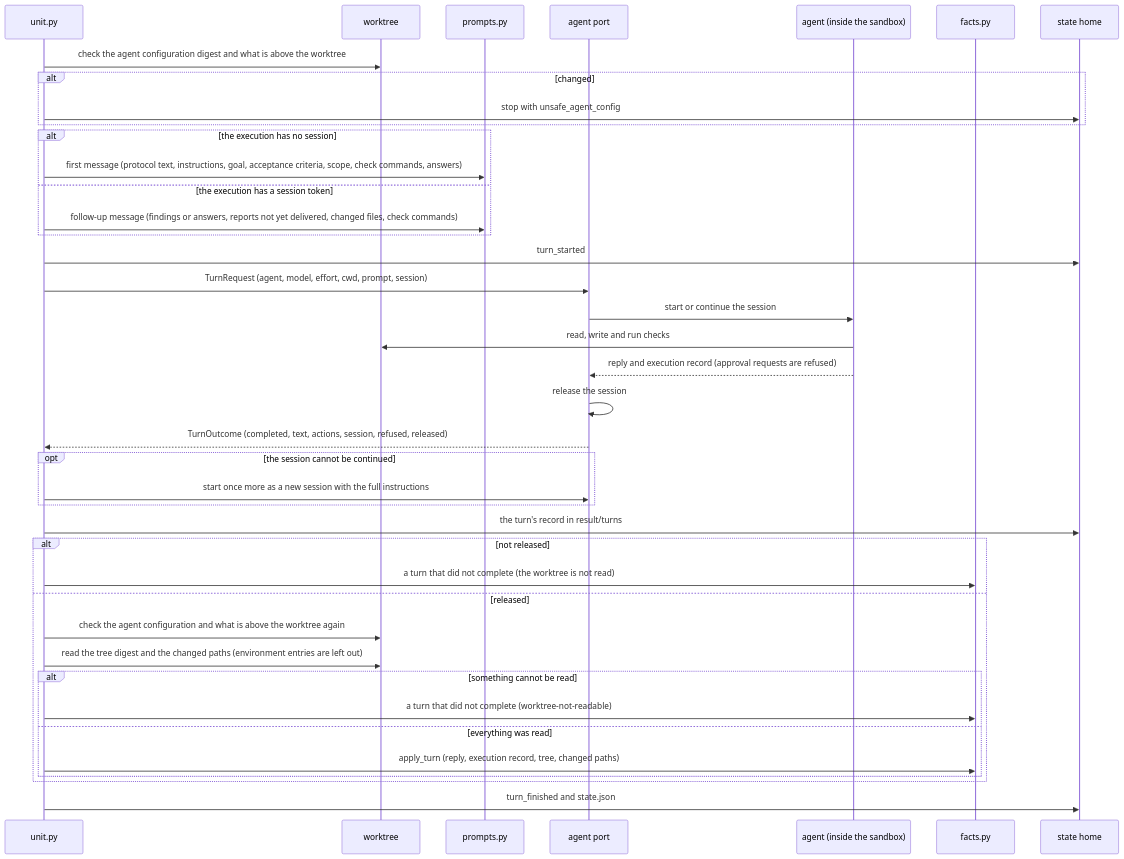
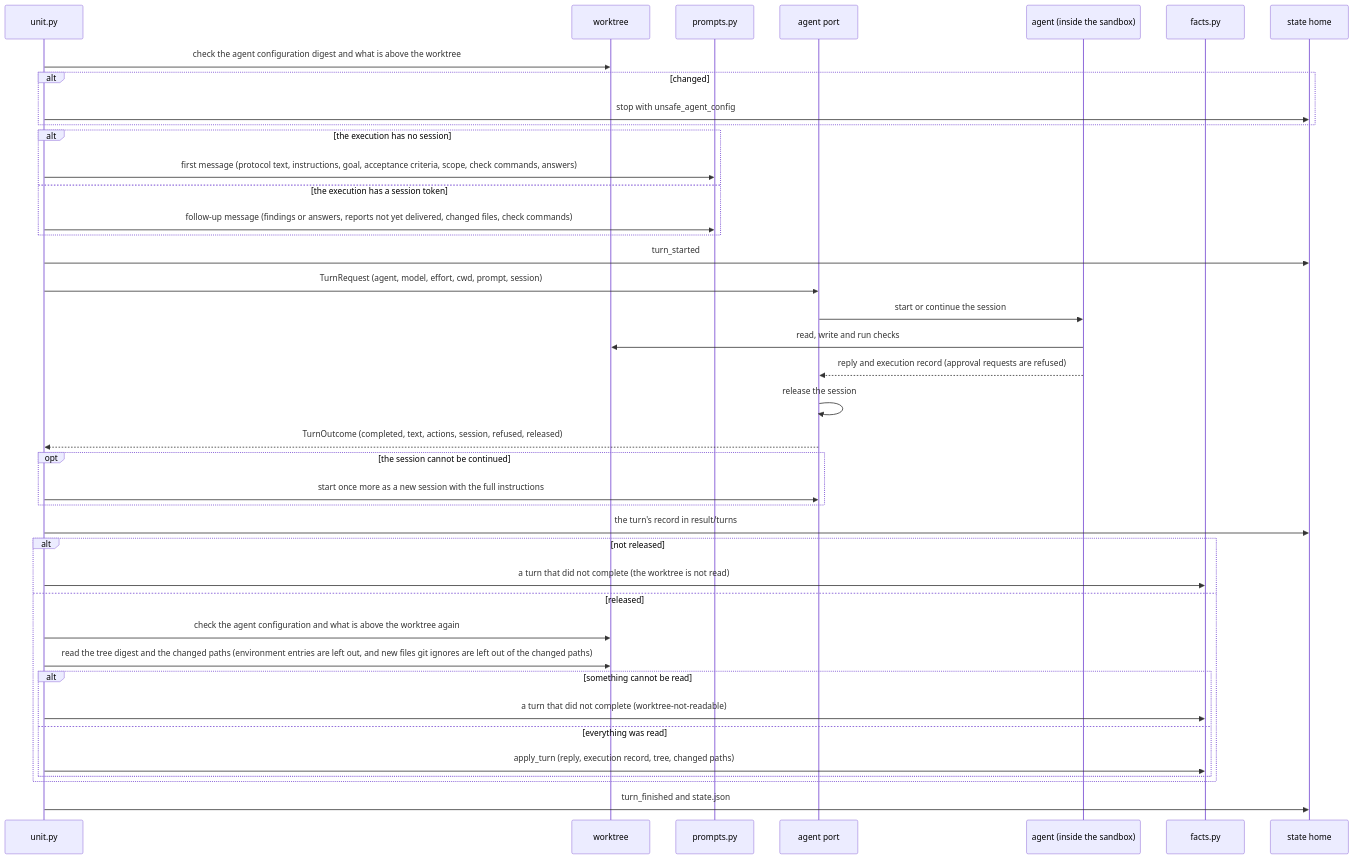
The fourth of 8 diagrams in ARCHITECTURE.md (takezoh/loop-engine), drawn with Mermaid before and after one commit. The commit also changed other lines of this file and 6 other files, not shown here.

First line of the commit message:
fix: leave out of the changed paths the new files git ignores by both rule sets

````diff
--- a/ARCHITECTURE.md
+++ b/ARCHITECTURE.md
@@ -186,42 +186,42 @@
 ```mermaid
 sequenceDiagram
   participant U as unit.py
   participant W as worktree
   participant P as prompts.py
   participant A as agent port
   participant G as agent (inside the sandbox)
   participant F as facts.py
   participant S as state home
   U->>W: check the agent configuration digest and what is above the worktree
   alt changed
     U->>S: stop with unsafe_agent_config
   end
   alt the execution has no session
     U->>P: first message (protocol text, instructions, goal, acceptance criteria, scope, check commands, answers)
   else the execution has a session token
     U->>P: follow-up message (findings or answers, reports not yet delivered, changed files, check commands)
   end
   U->>S: turn_started
   U->>A: TurnRequest (agent, model, effort, cwd, prompt, session)
   A->>G: start or continue the session
   G->>W: read, write and run checks
   G-->>A: reply and execution record (approval requests are refused)
   A->>A: release the session
   A-->>U: TurnOutcome (completed, text, actions, session, refused, released)
   opt the session cannot be continued
     U->>A: start once more as a new session with the full instructions
   end
   U->>S: the turn's record in result/turns
   alt not released
     U->>F: a turn that did not complete (the worktree is not read)
   else released
     U->>W: check the agent configuration and what is above the worktree again
-    U->>W: read the tree digest and the changed paths (environment entries are left out)
+    U->>W: read the tree digest and the changed paths (environment entries are left out, and new files git ignores are left out of the changed paths)
     alt something cannot be read
       U->>F: a turn that did not complete (worktree-not-readable)
     else everything was read
       U->>F: apply_turn (reply, execution record, tree, changed paths)
     end
   end
   U->>S: turn_finished and state.json
 ```
````
